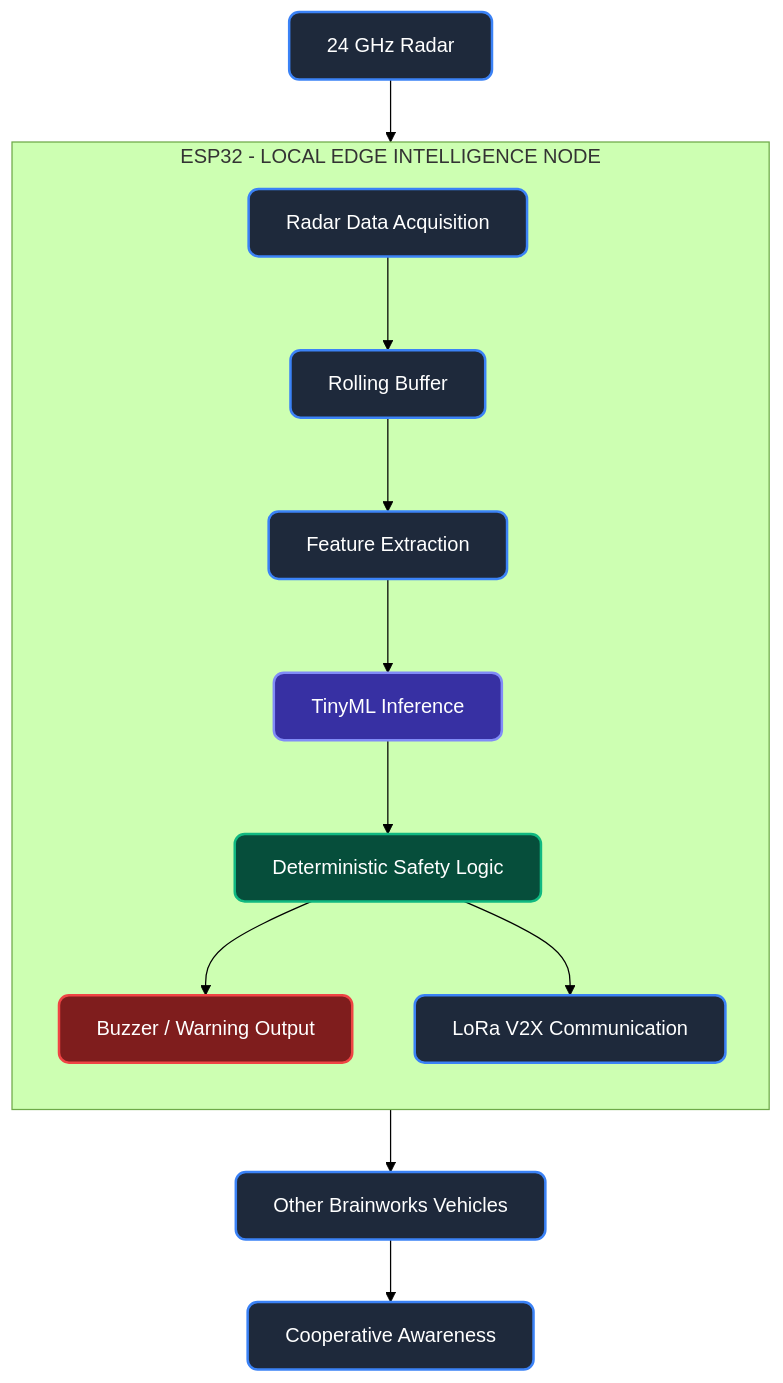
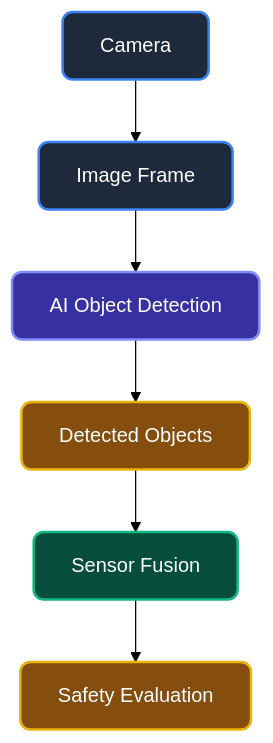
The third of 3 diagrams in AI_ML Integration/README.md (manasir747/Brainworks), drawn with Mermaid (forest theme) before and after one commit. The commit also changed other lines of this file, not shown here.

Commit message:
docs: overhaul Brainworks AI/ML architecture documentation with updated diagrams and refined workflows

````diff
--- a/AI_ML Integration/README.md
+++ b/AI_ML Integration/README.md
@@ -115,27 +96,14 @@
 ```mermaid
 flowchart TD
     classDef normal fill:#1e293b,stroke:#3b82f6,stroke-width:2px,color:#fff,rx:8px,ry:8px;
     classDef warning fill:#854d0e,stroke:#eab308,stroke-width:2px,color:#fff,rx:8px,ry:8px;
     classDef danger fill:#7f1d1d,stroke:#ef4444,stroke-width:2px,color:#fff,rx:8px,ry:8px;
     classDef ai fill:#3730a3,stroke:#818cf8,stroke-width:2px,color:#fff,rx:8px,ry:8px;
     classDef logic fill:#064e3b,stroke:#10b981,stroke-width:2px,color:#fff,rx:8px,ry:8px;
 
-    RADAR[24 GHz Radar]:::normal --> ESP32
-    
-    subgraph ESP32 [ESP32 - LOCAL EDGE INTELLIGENCE NODE]
-        direction TB
-        DAQ[Radar Data Acquisition]:::normal
-        BUF[Rolling Buffer]:::normal
-        FE[Feature Extraction]:::normal
-        TML[TinyML Inference]:::ai
-        DET[Deterministic Safety Logic]:::logic
-        OUT[Buzzer / Warning Output]:::danger
-        V2X[LoRa V2X Communication]:::normal
-        
-        DAQ --> BUF --> FE --> TML --> DET --> OUT
-        DET --> V2X
-    end
-    
-    V2X --> OTHERS[Other Brainworks Vehicles]:::normal
-    OTHERS --> COOP[Cooperative Awareness]:::normal
+    CAM[Camera]:::normal --> FRAME[Image Frame]:::normal
+    FRAME --> DETECT[AI Object Detection]:::ai
+    DETECT --> OBJS[Detected Objects]:::warning
+    OBJS --> FUSION[Sensor Fusion]:::logic
+    FUSION --> EVAL[Safety Evaluation]:::warning
 ```
````
